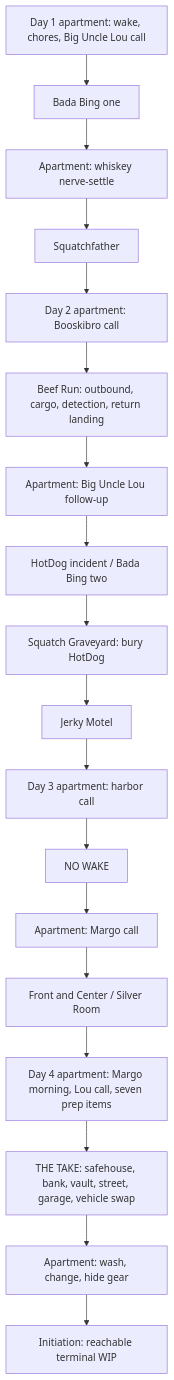
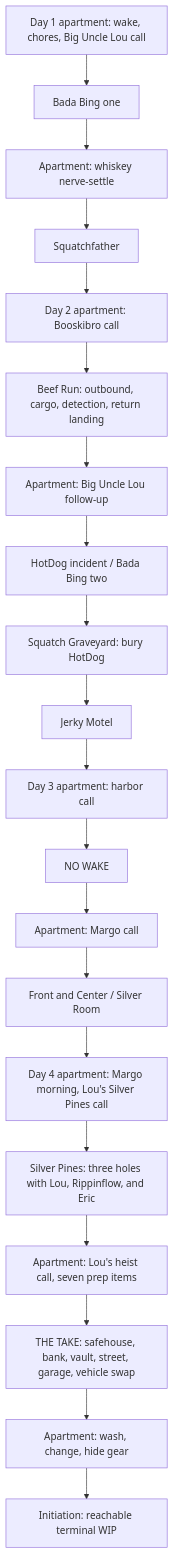
Before and after one commit to LouSputthole/SquatchSmash: the diagram in docs/RELEASE-CANDIDATE-FLOW-2026-08-01.md, drawn with Mermaid. The commit also changed other lines of this file and 363 other files, not shown here.

Commit message:
Integrate Silver Pines into Day Four

````diff
--- a/docs/RELEASE-CANDIDATE-FLOW-2026-08-01.md
+++ b/docs/RELEASE-CANDIDATE-FLOW-2026-08-01.md
@@ -28,20 +28,22 @@
 ```mermaid
 flowchart TD
   A["Day 1 apartment: wake, chores, Big Uncle Lou call"] --> B["Bada Bing one"]
   B --> C["Apartment: whiskey nerve-settle"]
   C --> D["Squatchfather"]
   D --> E["Day 2 apartment: Booskibro call"]
   E --> F["Beef Run: outbound, cargo, detection, return landing"]
   F --> G["Apartment: Big Uncle Lou follow-up"]
   G --> H["HotDog incident / Bada Bing two"]
   H --> I["Squatch Graveyard: bury HotDog"]
   I --> J["Jerky Motel"]
   J --> K["Day 3 apartment: harbor call"]
   K --> L["NO WAKE"]
   L --> M["Apartment: Margo call"]
   M --> N["Front and Center / Silver Room"]
-  N --> O["Day 4 apartment: Margo morning, Lou call, seven prep items"]
-  O --> P["THE TAKE: safehouse, bank, vault, street, garage, vehicle swap"]
-  P --> Q["Apartment: wash, change, hide gear"]
-  Q --> R["Initiation: reachable terminal WIP"]
+  N --> O["Day 4 apartment: Margo morning, Lou's Silver Pines call"]
+  O --> P["Silver Pines: three holes with Lou, Rippinflow, and Eric"]
+  P --> Q["Apartment: Lou's heist call, seven prep items"]
+  Q --> R["THE TAKE: safehouse, bank, vault, street, garage, vehicle swap"]
+  R --> S["Apartment: wash, change, hide gear"]
+  S --> T["Initiation: reachable terminal WIP"]
 ```
````
